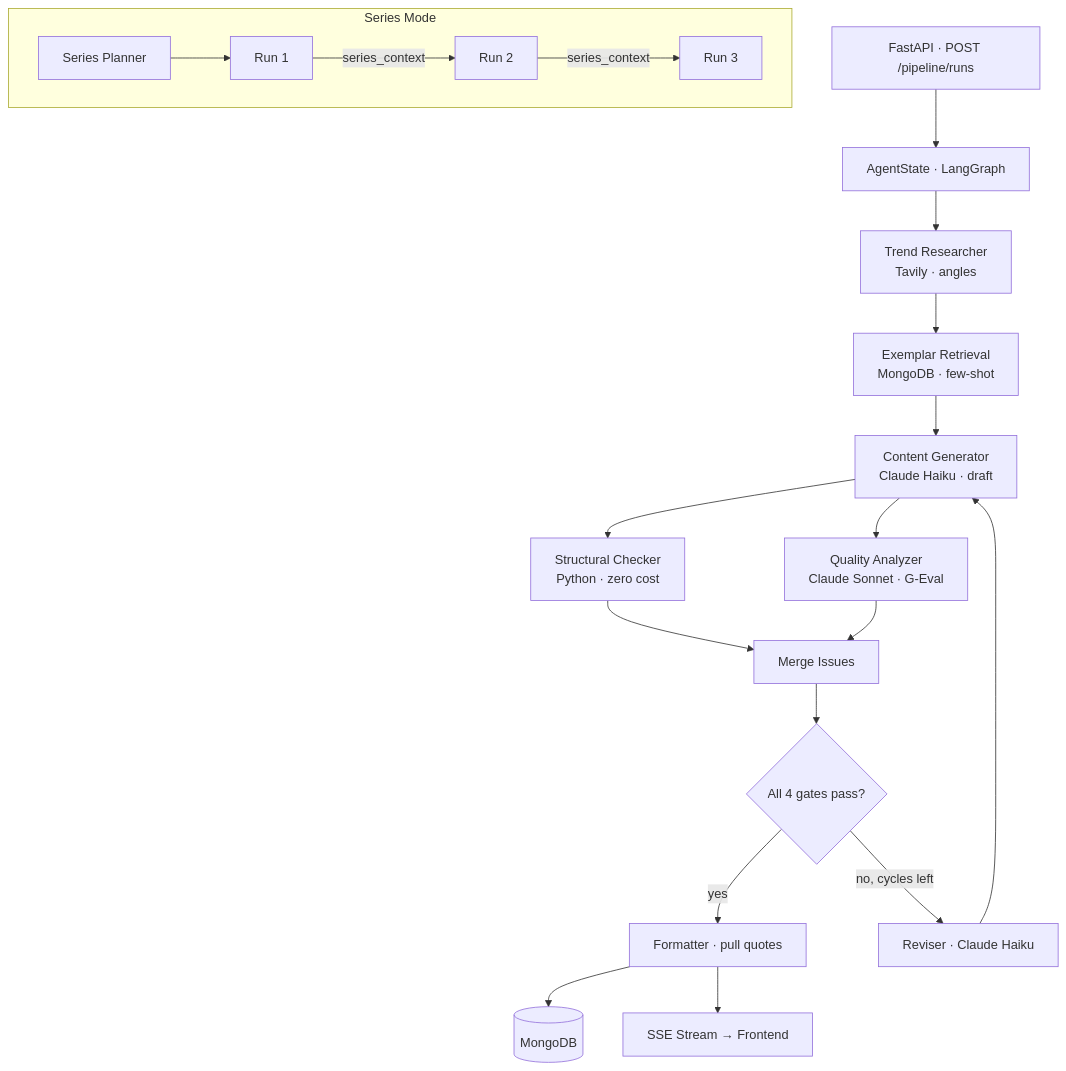
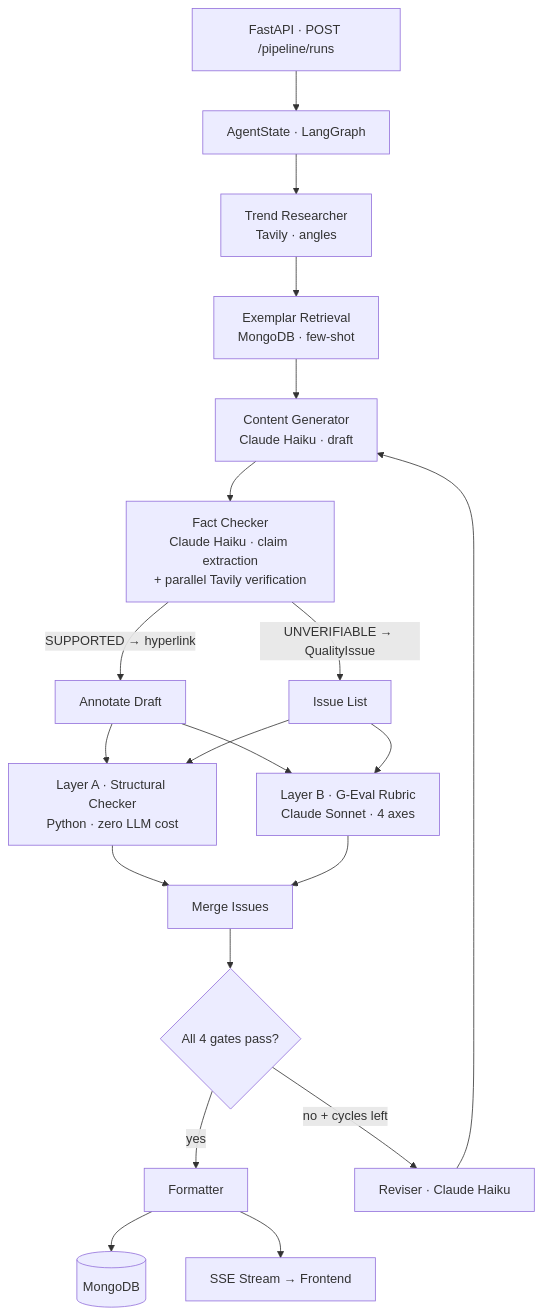
The first of 2 diagrams in README.md (GatoProgramador-01/medium-agent-factory), drawn with Mermaid before and after one commit. The commit also changed other lines of this file and 10 other files, not shown here.

````diff
--- a/README.md
+++ b/README.md
@@ -131,28 +68,27 @@
 ```mermaid
 flowchart TD
     api[FastAPI · POST /pipeline/runs]
     api --> state[AgentState · LangGraph]
 
     state --> trend[Trend Researcher\nTavily · angles]
     trend --> exemplar[Exemplar Retrieval\nMongoDB · few-shot]
     exemplar --> writer[Content Generator\nClaude Haiku · draft]
 
-    writer --> structural[Structural Checker\nPython · zero cost]
-    writer --> llm_quality[Quality Analyzer\nClaude Sonnet · G-Eval]
-    structural --> merge_issues[Merge Issues]
-    llm_quality --> merge_issues
+    writer --> fact[Fact Checker\nClaude Haiku · claim extraction\n+ parallel Tavily verification]
+    fact -->|SUPPORTED → hyperlink| annotate[Annotate Draft]
+    fact -->|UNVERIFIABLE → QualityIssue| issues[Issue List]
 
-    merge_issues --> gate{All 4 gates pass?}
-    gate -->|yes| formatter[Formatter · pull quotes]
-    gate -->|no, cycles left| reviser[Reviser · Claude Haiku]
+    annotate & issues --> structural[Layer A · Structural Checker\nPython · zero LLM cost]
+    annotate & issues --> llm_quality[Layer B · G-Eval Rubric\nClaude Sonnet · 4 axes]
+
+    structural --> merge[Merge Issues]
+    llm_quality --> merge
+
+    merge --> gate{All 4 gates pass?}
+    gate -->|yes| formatter[Formatter]
+    gate -->|no + cycles left| reviser[Reviser · Claude Haiku]
     reviser --> writer
 
     formatter --> mongo[(MongoDB)]
     formatter --> sse[SSE Stream → Frontend]
-
-    subgraph series [Series Mode]
-        sp[Series Planner] --> r1[Run 1]
-        r1 -->|series_context| r2[Run 2]
-        r2 -->|series_context| r3[Run 3]
-    end
 ```
````
